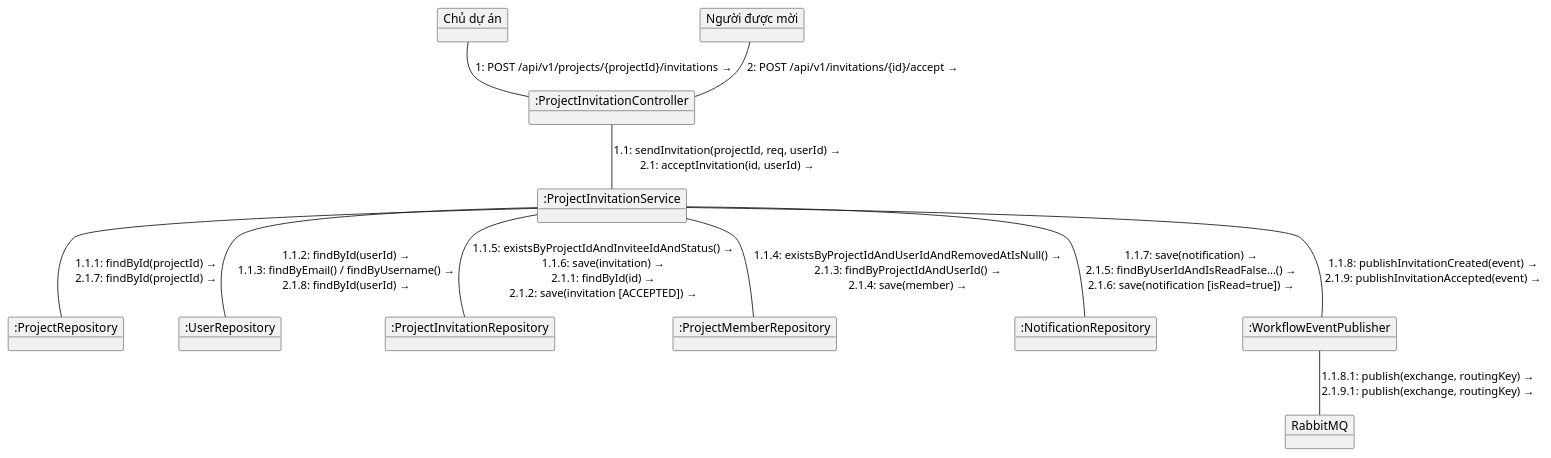
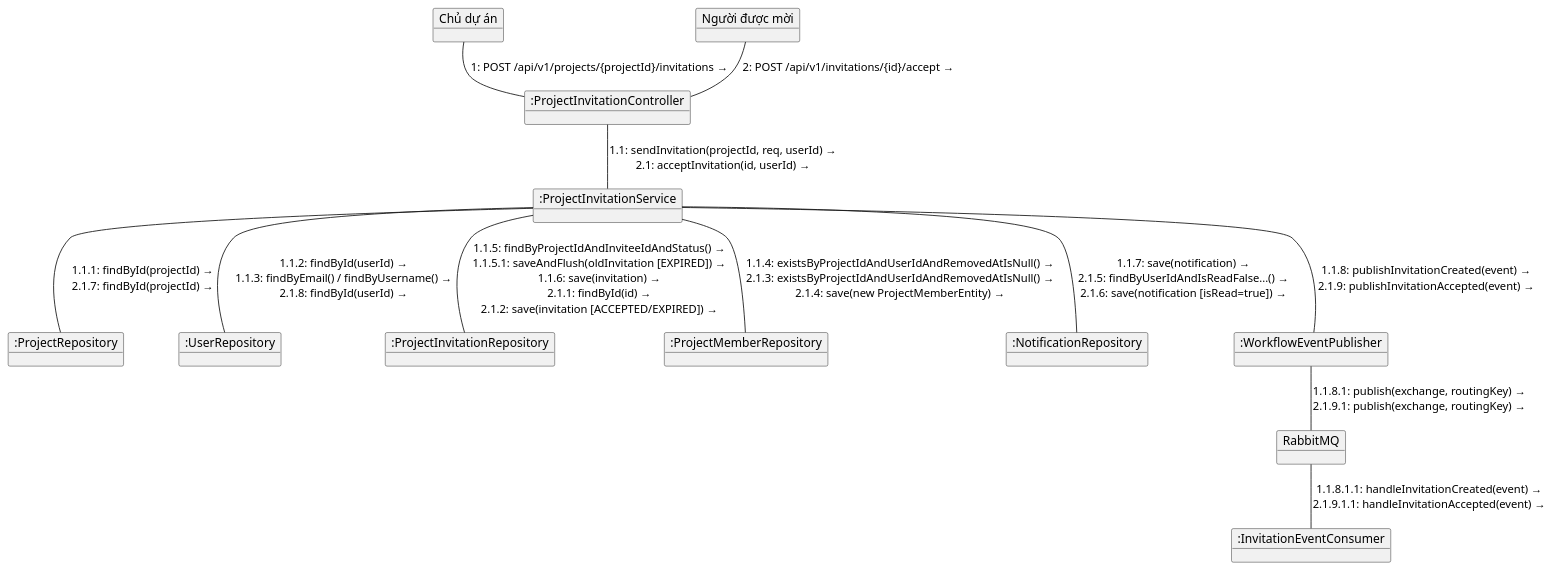
One commit to ThanhThien-coder/Workflow-Pipeline-Engine changed the diagram in docs/ooad/D-du-an/comm-moi-thanh-vien.puml. Above: the diagram before and after it, drawn with PlantUML. The commit also changed other lines of this file and 8 other files, not shown here.

```diff
--- a/docs/ooad/D-du-an/comm-moi-thanh-vien.puml
+++ b/docs/ooad/D-du-an/comm-moi-thanh-vien.puml
@@ -2,37 +2,40 @@
 @startuml comm-moi-thanh-vien
 !pragma layout smetana
 skinparam shadowing false
 skinparam roundcorner 4
 
 object "Chủ dự án" as Owner
 object "Người được mời" as Invitee
 object ":ProjectInvitationController" as Ctl
 object ":ProjectInvitationService" as Svc
 object ":ProjectRepository" as ProjectRepo
 object ":UserRepository" as UserRepo
 object ":ProjectInvitationRepository" as InviteRepo
 object ":ProjectMemberRepository" as MemberRepo
 object ":NotificationRepository" as NotifRepo
 object ":WorkflowEventPublisher" as Publisher
 object "RabbitMQ" as MQ
+object ":InvitationEventConsumer" as Consumer
 
 Owner -- Ctl : 1: POST /api/v1/projects/{projectId}/invitations →
 Invitee -- Ctl : 2: POST /api/v1/invitations/{id}/accept →
 
 Ctl -- Svc : 1.1: sendInvitation(projectId, req, userId) →\n2.1: acceptInvitation(id, userId) →
 
 Svc -- ProjectRepo : 1.1.1: findById(projectId) →\n2.1.7: findById(projectId) →
 
 Svc -- UserRepo : 1.1.2: findById(userId) →\n1.1.3: findByEmail() / findByUsername() →\n2.1.8: findById(userId) →
 
-Svc -- InviteRepo : 1.1.5: existsByProjectIdAndInviteeIdAndStatus() →\n1.1.6: save(invitation) →\n2.1.1: findById(id) →\n2.1.2: save(invitation [ACCEPTED]) →
+Svc -- MemberRepo : 1.1.4: existsByProjectIdAndUserIdAndRemovedAtIsNull() →\n2.1.3: existsByProjectIdAndUserIdAndRemovedAtIsNull() →\n2.1.4: save(new ProjectMemberEntity) →
 
-Svc -- MemberRepo : 1.1.4: existsByProjectIdAndUserIdAndRemovedAtIsNull() →\n2.1.3: findByProjectIdAndUserId() →\n2.1.4: save(member) →
+Svc -- InviteRepo : 1.1.5: findByProjectIdAndInviteeIdAndStatus() →\n1.1.5.1: saveAndFlush(oldInvitation [EXPIRED]) →\n1.1.6: save(invitation) →\n2.1.1: findById(id) →\n2.1.2: save(invitation [ACCEPTED/EXPIRED]) →
 
 Svc -- NotifRepo : 1.1.7: save(notification) →\n2.1.5: findByUserIdAndIsReadFalse...() →\n2.1.6: save(notification [isRead=true]) →
 
 Svc -- Publisher : 1.1.8: publishInvitationCreated(event) →\n2.1.9: publishInvitationAccepted(event) →
 
 Publisher -- MQ : 1.1.8.1: publish(exchange, routingKey) →\n2.1.9.1: publish(exchange, routingKey) →
 
+MQ -- Consumer : 1.1.8.1.1: handleInvitationCreated(event) →\n2.1.9.1.1: handleInvitationAccepted(event) →
+
 @enduml
```
